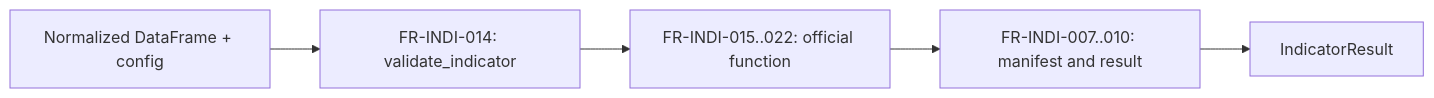
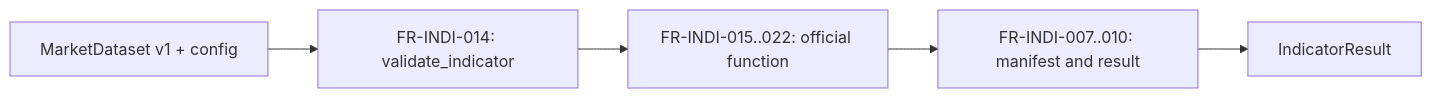
One commit to haruperi/HaruQuantAI changed the third of 7 diagrams in app/services/indicators/README.md. Above: the diagram before and after it, drawn with Mermaid. The commit also changed other lines of this file and 9 other files, not shown here.

````diff
--- a/app/services/indicators/README.md
+++ b/app/services/indicators/README.md
@@ -240,9 +324,9 @@
 ```mermaid
 flowchart LR
-    A[Normalized DataFrame + config]
+    A[MarketDataset v1 + config]
     B["FR-INDI-014: validate_indicator"]
     C["FR-INDI-015..022: official function"]
     D["FR-INDI-007..010: manifest and result"]
     E[IndicatorResult]
     A --> B --> C --> D --> E
 ```
````
